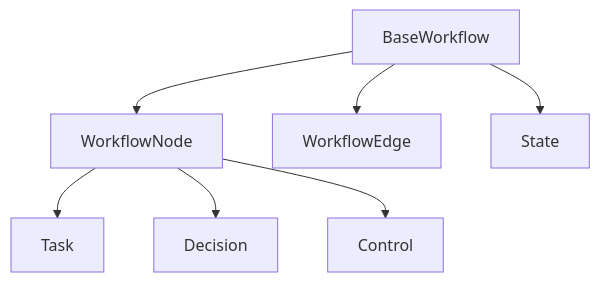
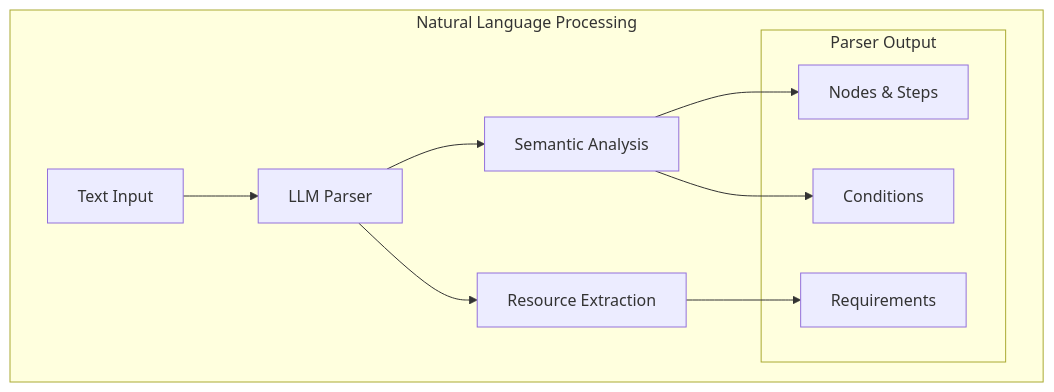
The second of 4 diagrams in dxa/core/workflow/README.md (aitomatic/dana), drawn with Mermaid before and after one commit. The commit also changed other lines of this file and 17 other files, not shown here.

````diff
--- a/dxa/core/workflow/README.md
+++ b/dxa/core/workflow/README.md
@@ -30,10 +125,18 @@
 ```mermaid
 graph TB
-    W[BaseWorkflow] --> N[WorkflowNode]
-    W --> E[WorkflowEdge]
-    W --> S[State]
-    
-    N --> T[Task]
-    N --> D[Decision]
-    N --> C[Control]
+    subgraph "Natural Language Processing"
+        T[Text Input] --> P[LLM Parser]
+        P --> S[Semantic Analysis]
+        P --> R[Resource Extraction]
+        
+        subgraph "Parser Output"
+            N[Nodes & Steps]
+            C[Conditions]
+            RS[Requirements]
+        end
+        
+        S --> N
+        S --> C
+        R --> RS
+    end
 ```
````
